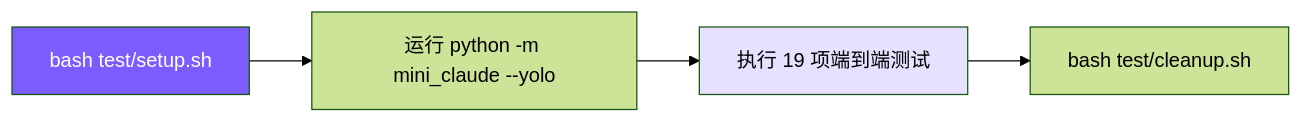
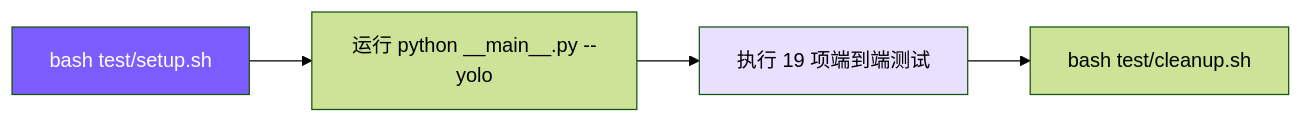
One commit to lidaixingchen/ClaudeCode-MINI changed the diagram in example/docs/16-testing.md. Above: the diagram before and after it, drawn with Mermaid (forest theme). The commit also changed other lines of this file and 11 other files, not shown here.

````diff
--- a/example/docs/16-testing.md
+++ b/example/docs/16-testing.md
@@ -7,9 +7,9 @@
 ```mermaid
 graph LR
-    Setup["bash test/setup.sh"] --> Run["运行 python -m mini_claude --yolo"]
+    Setup["bash test/setup.sh"] --> Run["运行 python __main__.py --yolo"]
     Run --> Test["执行 19 项端到端测试"]
     Test --> Cleanup["bash test/cleanup.sh"]
 
     style Setup fill:#7c5cfc,color:#fff
     style Test fill:#e8e0ff
 ```
````
